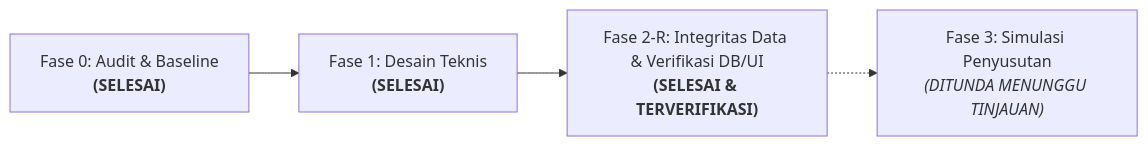
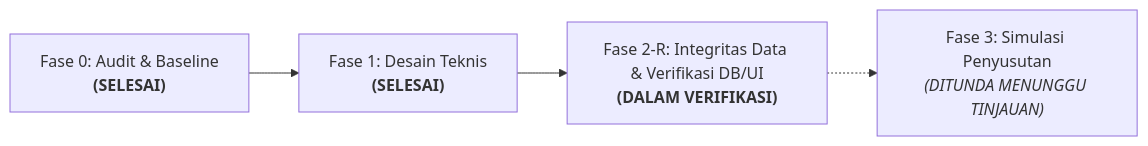
Before and after one commit to rhesal/simkos-v2: the second of 2 diagrams in docs/aset-inventaris-technical-design.md, drawn with Mermaid. The commit also changed other lines of this file, not shown here.

````diff
--- a/docs/aset-inventaris-technical-design.md
+++ b/docs/aset-inventaris-technical-design.md
@@ -496,6 +509,6 @@
 ```mermaid
 flowchart LR
     F0["Fase 0: Audit & Baseline<br><b>(SELESAI)</b>"] --> F1["Fase 1: Desain Teknis<br><b>(SELESAI)</b>"]
-    F1 --> F2R["Fase 2-R: Integritas Data & Verifikasi DB/UI<br><b>(SELESAI & TERVERIFIKASI)</b>"]
+    F1 --> F2R["Fase 2-R: Integritas Data & Verifikasi DB/UI<br><b>(DALAM VERIFIKASI)</b>"]
     F2R -.-> F3["Fase 3: Simulasi Penyusutan<br><i>(DITUNDA MENUNGGU TINJAUAN)</i>"]
 ```
````
